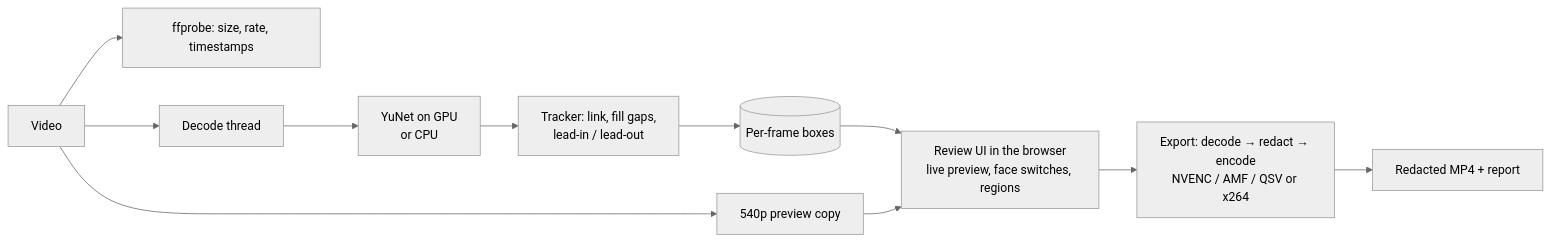
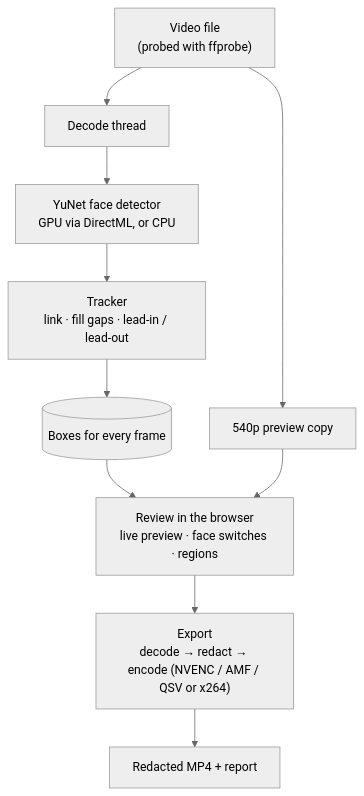
One commit to GGMuttaky/redactor changed the diagram in README.md. Above: the diagram before and after it, drawn with Mermaid (neutral theme).

Commit message:
README: lay the architecture diagram out top to bottom so it is readable

````diff
--- a/README.md
+++ b/README.md
@@ -77,13 +77,12 @@
 ```mermaid
-flowchart LR
-    A[Video] --> B[ffprobe: size, rate, timestamps]
-    A --> C[Decode thread]
-    C --> D[YuNet on GPU<br/>or CPU]
-    D --> E[Tracker: link, fill gaps,<br/>lead-in / lead-out]
-    E --> F[(Per-frame boxes)]
-    A --> P[540p preview copy]
-    F --> R[Review UI in the browser<br/>live preview, face switches, regions]
+flowchart TD
+    V["Video file<br/>(probed with ffprobe)"] --> D[Decode thread]
+    V --> P[540p preview copy]
+    D --> Y["YuNet face detector<br/>GPU via DirectML, or CPU"]
+    Y --> T["Tracker<br/>link · fill gaps · lead-in / lead-out"]
+    T --> B[("Boxes for every frame")]
+    B --> R["Review in the browser<br/>live preview · face switches · regions"]
     P --> R
-    R --> X[Export: decode → redact → encode<br/>NVENC / AMF / QSV or x264]
-    X --> O[Redacted MP4 + report]
+    R --> E["Export<br/>decode → redact → encode (NVENC / AMF / QSV or x264)"]
+    E --> O["Redacted MP4 + report"]
 ```
````
